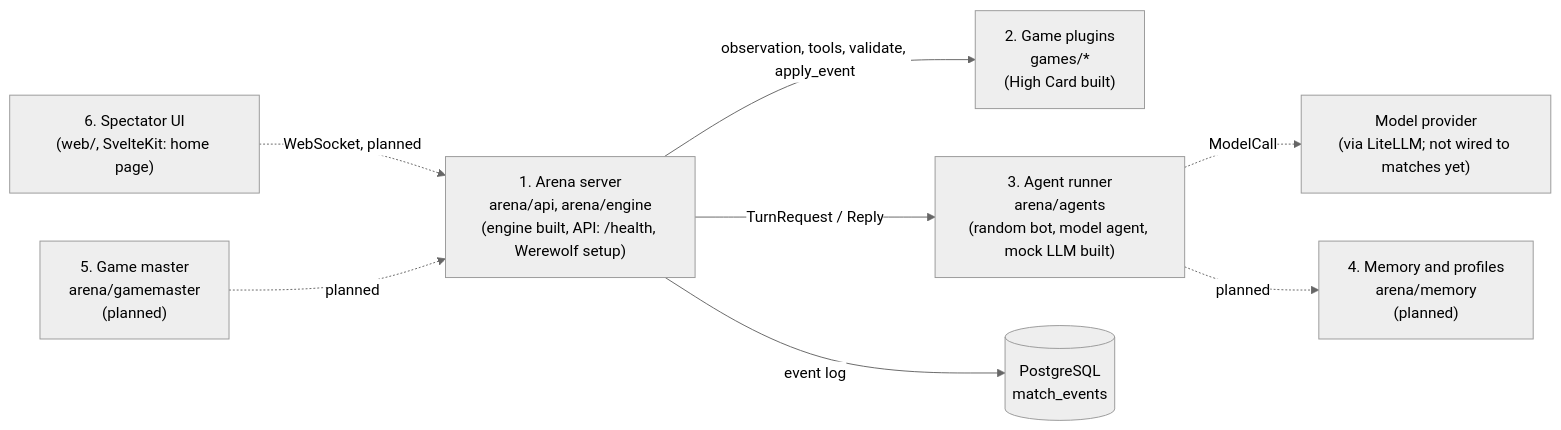
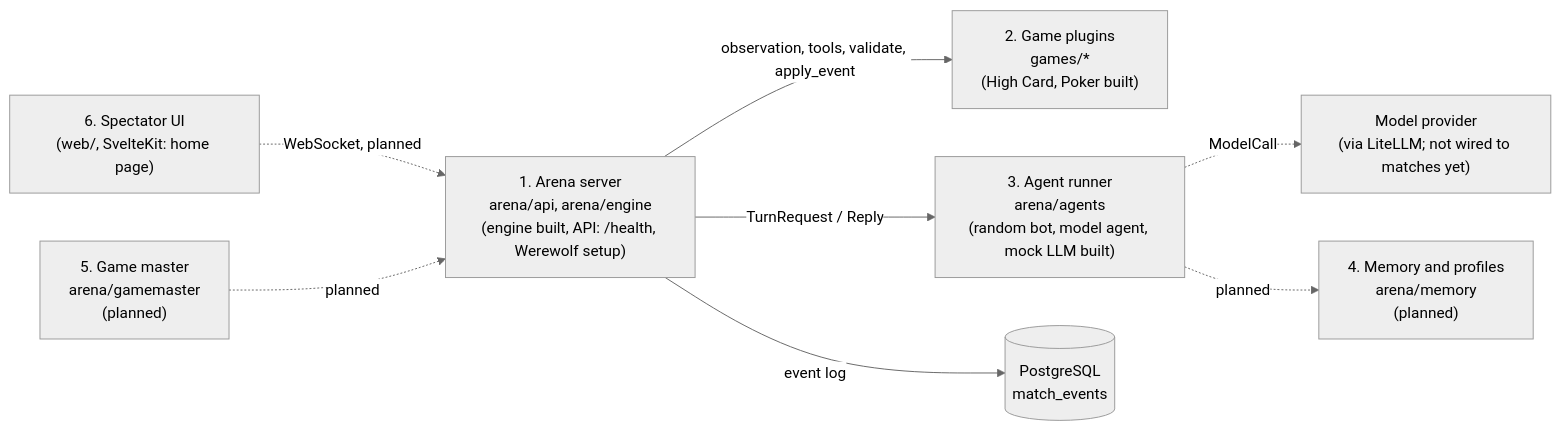
Before and after one commit to NwebNotFound/aigameversus: the first of 3 diagrams in docs/ARCHITECTURE.md, drawn with Mermaid (neutral theme). The commit also changed 6 other files, not shown here.

````diff
--- a/docs/ARCHITECTURE.md
+++ b/docs/ARCHITECTURE.md
@@ -8,18 +8,18 @@
 ```mermaid
 flowchart LR
     UI["6. Spectator UI<br/>(web/, SvelteKit: home page)"]
     SRV["1. Arena server<br/>arena/api, arena/engine<br/>(engine built, API: /health, Werewolf setup)"]
-    PLG["2. Game plugins<br/>games/*<br/>(High Card built)"]
+    PLG["2. Game plugins<br/>games/*<br/>(High Card, Poker built)"]
     AGT["3. Agent runner<br/>arena/agents<br/>(random bot, model agent, mock LLM built)"]
     LLM["Model provider<br/>(via LiteLLM; not wired to matches yet)"]
     MEM["4. Memory and profiles<br/>arena/memory<br/>(planned)"]
     GM["5. Game master<br/>arena/gamemaster<br/>(planned)"]
     DB[("PostgreSQL<br/>match_events")]
     UI -. "WebSocket, planned" .-> SRV
     SRV -->|"observation, tools, validate, apply_event"| PLG
     SRV -->|"TurnRequest / Reply"| AGT
     AGT -. "ModelCall" .-> LLM
     AGT -. "planned" .-> MEM
     GM -. "planned" .-> SRV
     SRV -->|"event log"| DB
 ```
````
